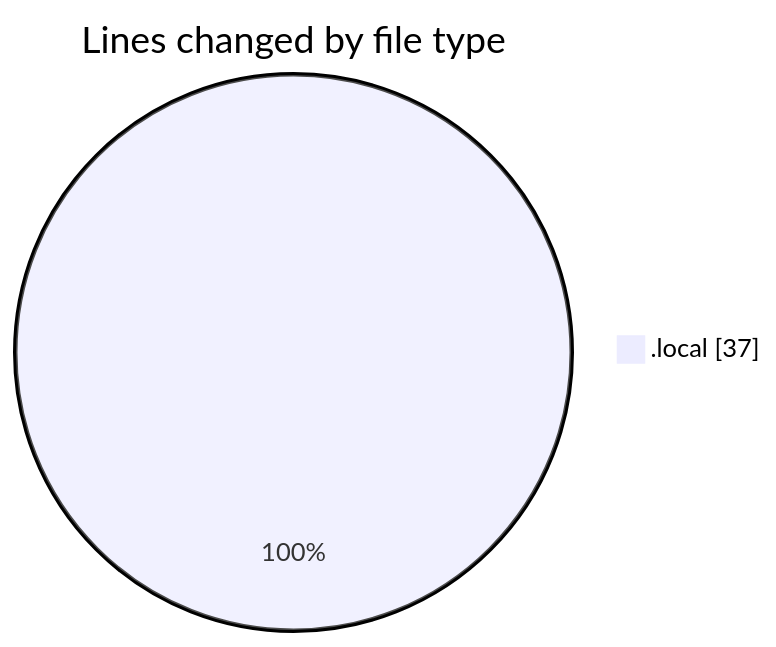
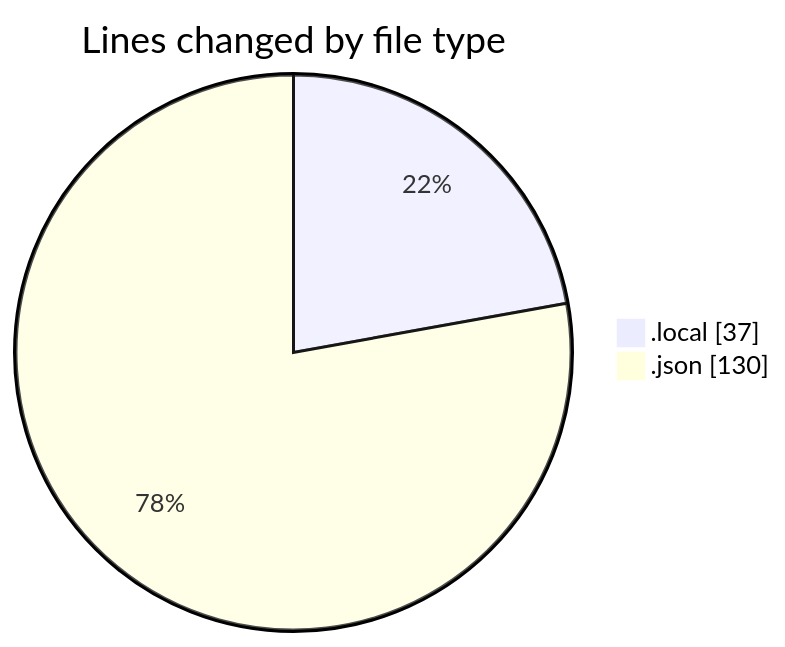
The first of 2 diagrams in 2026-02-17/id_ia/README.md (becaeroporto-bot/code-tracking), drawn with Mermaid before and after one commit. The commit also changed other lines of this file and 1 other file, not shown here.

````diff
--- a/2026-02-17/id_ia/README.md
+++ b/2026-02-17/id_ia/README.md
@@ -20,5 +21,6 @@
 ```mermaid
 pie showData
 title Lines changed by file type
 ".local" : 37
+".json" : 130
 ```
````
